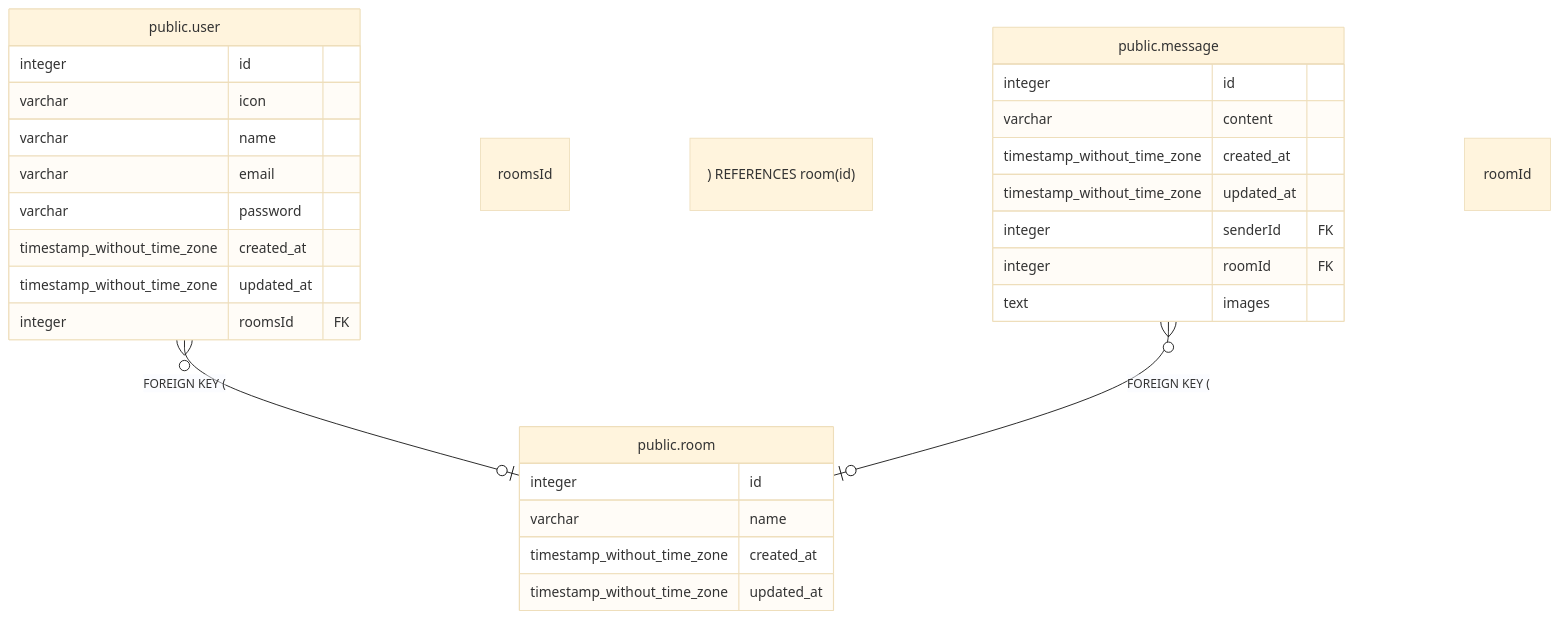
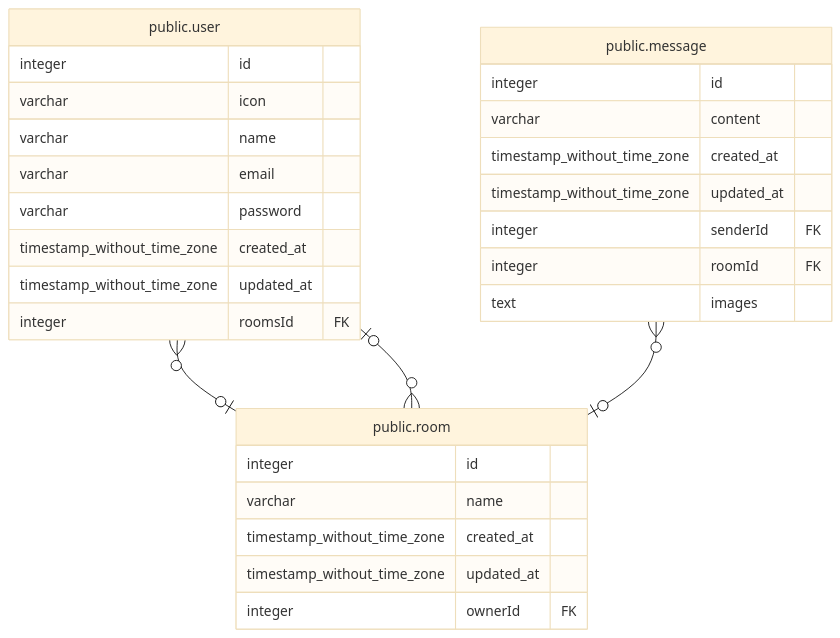
The diagram in docs/dbschema/public.room.md (yumekiti-archive/chat), drawn with Mermaid (base theme) before and after one commit. The commit also changed other lines of this file and 13 other files, not shown here.

````diff
--- a/docs/dbschema/public.room.md
+++ b/docs/dbschema/public.room.md
@@ -28,32 +30,34 @@
 ```mermaid
 erDiagram
 
-"public.user" }o--o| "public.room" : "FOREIGN KEY ("roomsId") REFERENCES room(id)"
-"public.message" }o--o| "public.room" : "FOREIGN KEY ("roomId") REFERENCES room(id)"
+"public.user" }o--o| "public.room" : ""
+"public.message" }o--o| "public.room" : ""
+"public.room" }o--o| "public.user" : ""
 
 "public.room" {
   integer id
   varchar name
   timestamp_without_time_zone created_at
   timestamp_without_time_zone updated_at
+  integer ownerId FK
 }
 "public.user" {
   integer id
   varchar icon
   varchar name
   varchar email
   varchar password
   timestamp_without_time_zone created_at
   timestamp_without_time_zone updated_at
   integer roomsId FK
 }
 "public.message" {
   integer id
   varchar content
   timestamp_without_time_zone created_at
   timestamp_without_time_zone updated_at
   integer senderId FK
   integer roomId FK
   text images
 }
 ```
````
